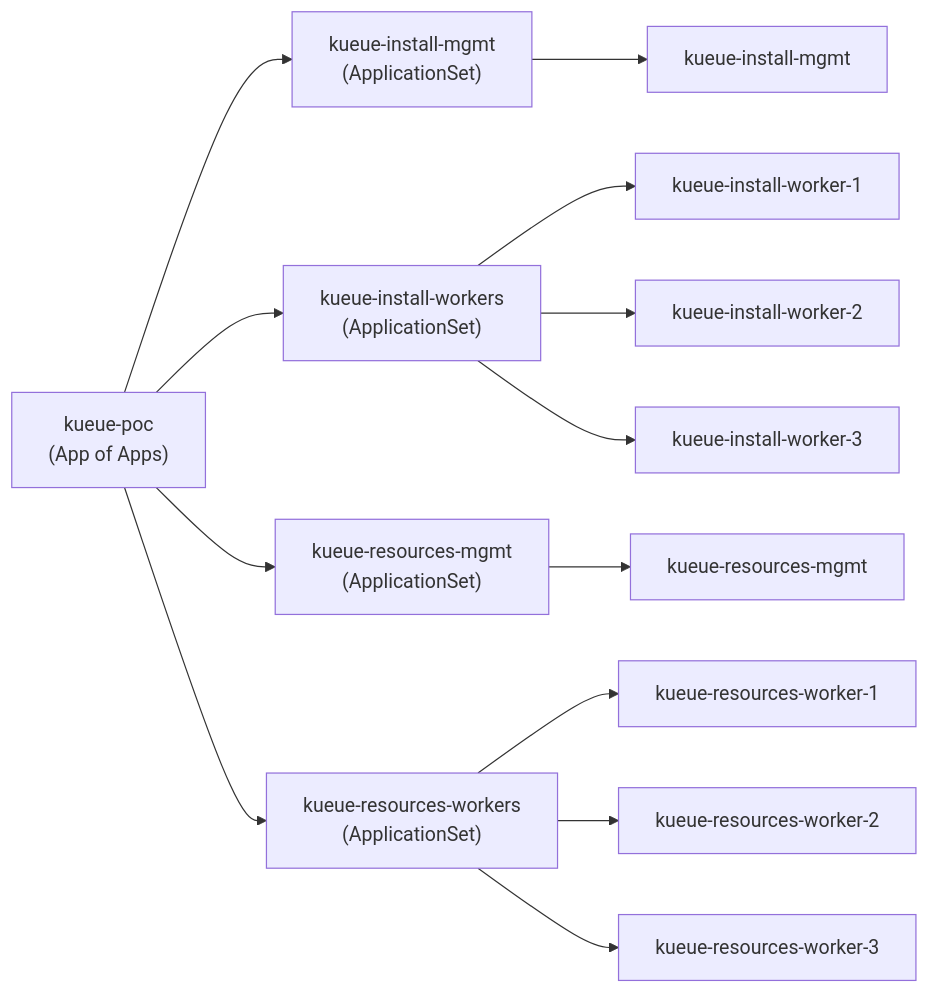
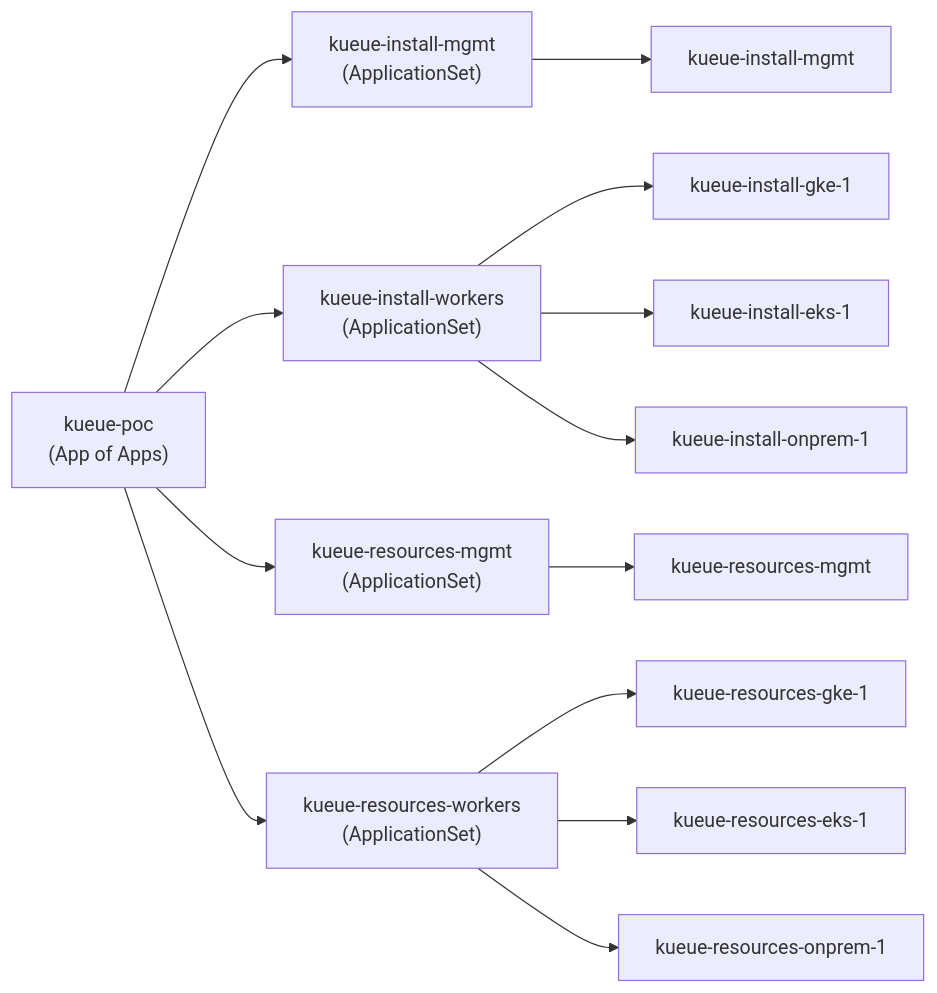
The second of 2 diagrams in argocd/05-multikueue-helm-poc/README.md (patilchinmay/k8s-experiments), drawn with Mermaid before and after one commit. The commit also changed other lines of this file and 11 other files, not shown here.

````diff
--- a/argocd/05-multikueue-helm-poc/README.md
+++ b/argocd/05-multikueue-helm-poc/README.md
@@ -55,18 +55,18 @@
 ```mermaid
 graph LR
     poc["kueue-poc<br>(App of Apps)"]
 
     poc --> as1["kueue-install-mgmt<br>(ApplicationSet)"]
     poc --> as2["kueue-install-workers<br>(ApplicationSet)"]
     poc --> as3["kueue-resources-mgmt<br>(ApplicationSet)"]
     poc --> as4["kueue-resources-workers<br>(ApplicationSet)"]
 
     as1 --> a1["kueue-install-mgmt"]
-    as2 --> a2["kueue-install-worker-1"]
-    as2 --> a3["kueue-install-worker-2"]
-    as2 --> a4["kueue-install-worker-3"]
+    as2 --> a2["kueue-install-gke-1"]
+    as2 --> a3["kueue-install-eks-1"]
+    as2 --> a4["kueue-install-onprem-1"]
     as3 --> a5["kueue-resources-mgmt"]
-    as4 --> a6["kueue-resources-worker-1"]
-    as4 --> a7["kueue-resources-worker-2"]
-    as4 --> a8["kueue-resources-worker-3"]
+    as4 --> a6["kueue-resources-gke-1"]
+    as4 --> a7["kueue-resources-eks-1"]
+    as4 --> a8["kueue-resources-onprem-1"]
 ```
````
